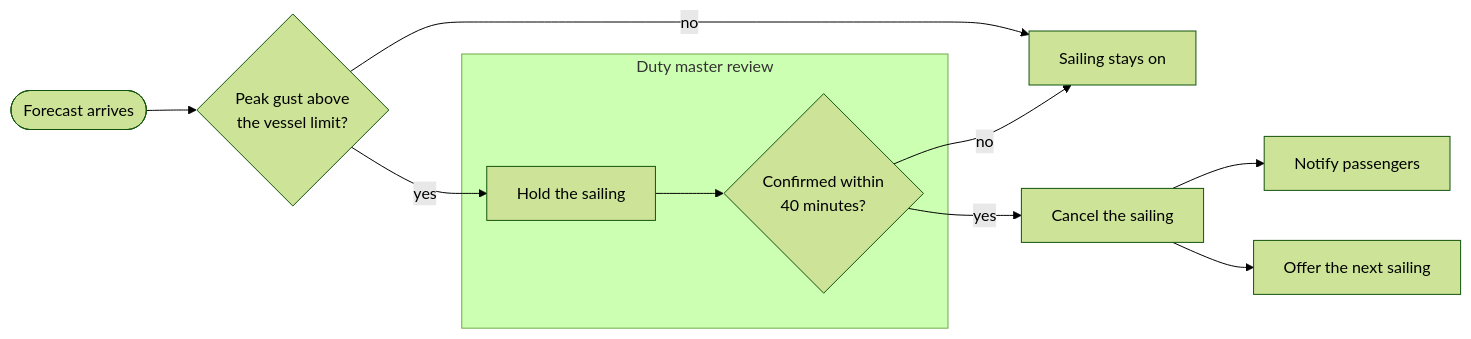
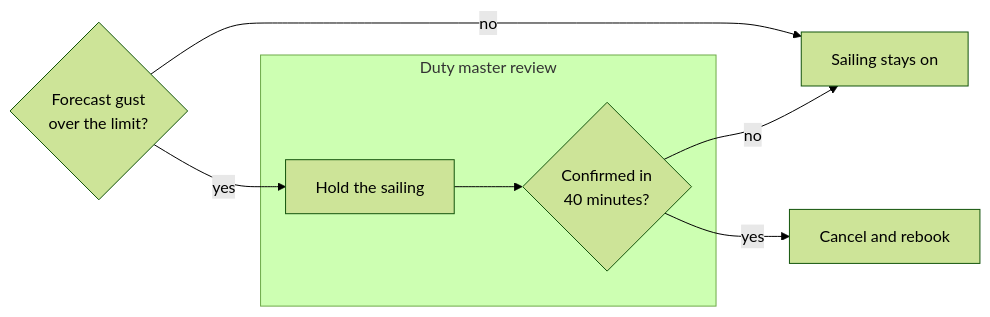
One commit to crumbkit/flare changed the diagram in crates/flare-server/tests/support/sample.md. Above: the diagram before and after it, drawn with Mermaid (forest theme). The commit also changed 7 other files, not shown here.

First line of the commit message:
Figure 1 draws the mockup's flowchart with readable labels, and the docs say who sets FLARE_REQUIRE_UI

````diff
--- a/crates/flare-server/tests/support/sample.md
+++ b/crates/flare-server/tests/support/sample.md
@@ -17,13 +17,10 @@
 ```mermaid
 flowchart LR
-  forecast([Forecast arrives]) --> gust{Peak gust above<br/>the vessel limit?}
-  gust -- no --> sail[Sailing stays on]
+  gust{Forecast gust<br/>over the limit?} -- no --> sail[Sailing stays on]
   gust -- yes --> hold[Hold the sailing]
   subgraph review [Duty master review]
-    hold --> confirm{Confirmed within<br/>40 minutes?}
+    hold --> confirm{Confirmed in<br/>40 minutes?}
   end
   confirm -- no --> sail
-  confirm -- yes --> cancel[Cancel the sailing]
-  cancel --> notify[Notify passengers]
-  cancel --> rebook[Offer the next sailing]
+  confirm -- yes --> cancel[Cancel and rebook]
 ```
````
